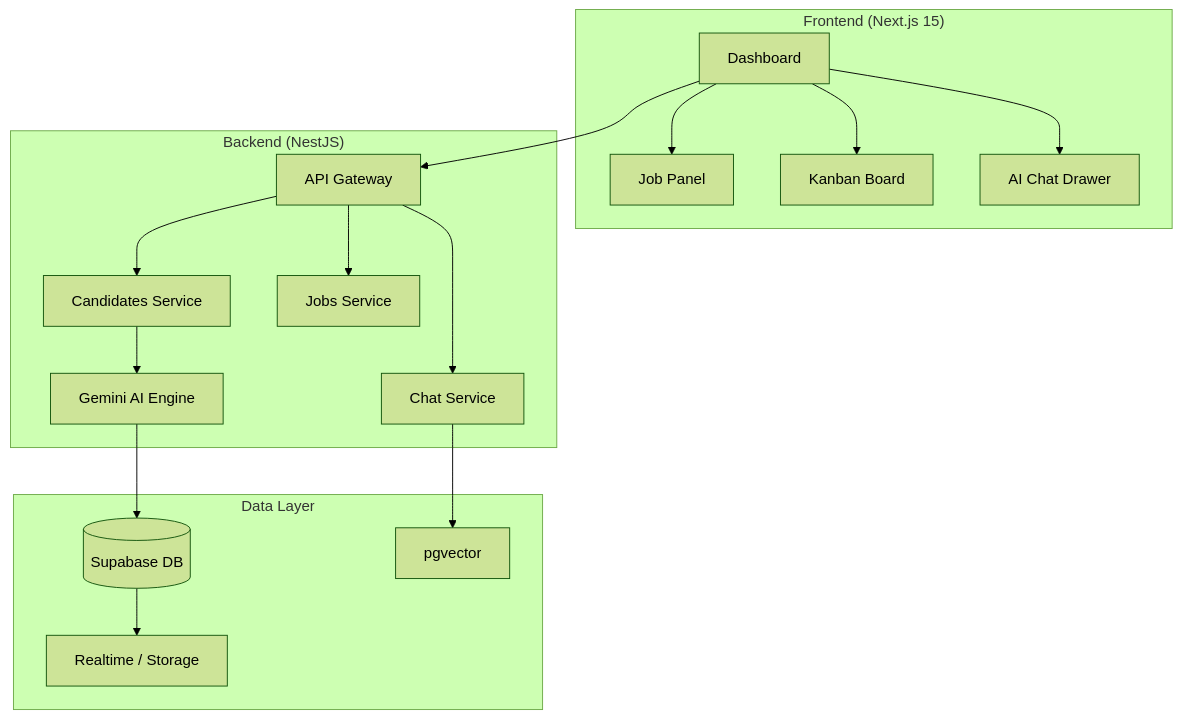
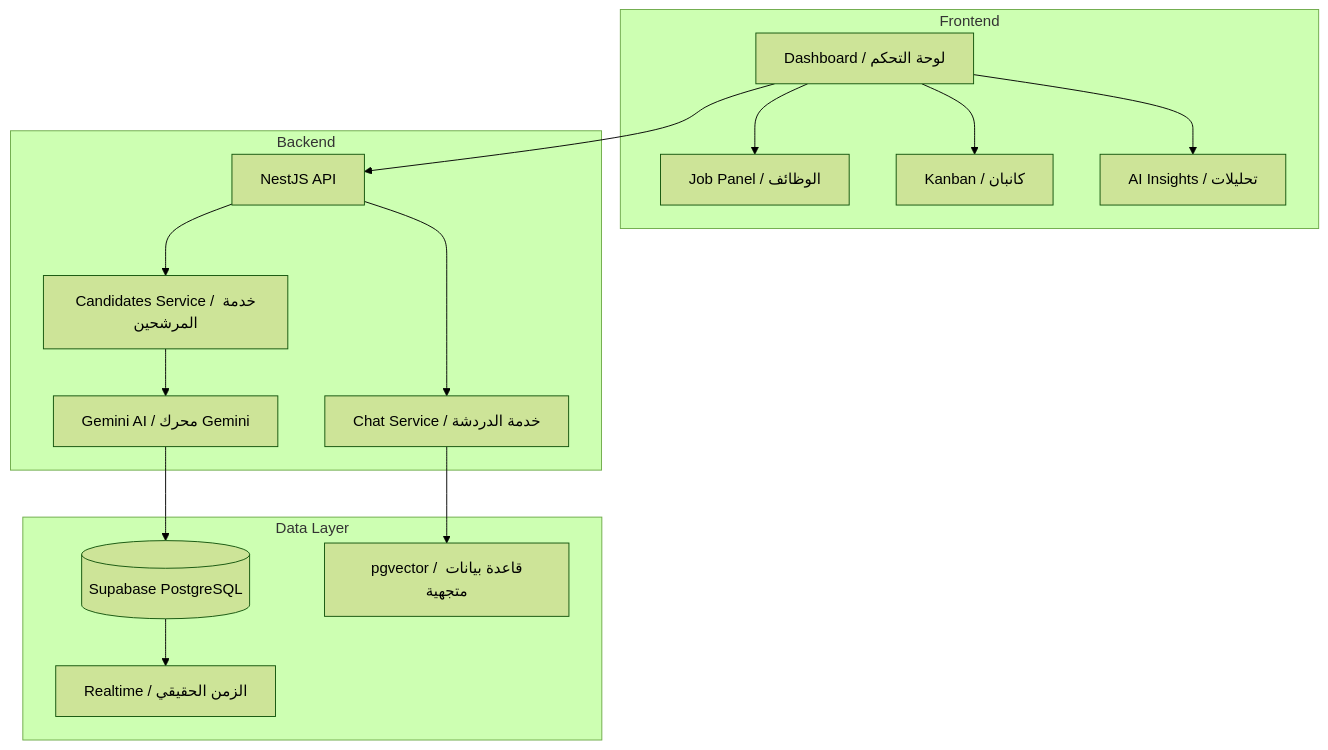
One commit to malgaroshy-maker/Sila-Ai changed the diagram in README.md. Above: the diagram before and after it, drawn with Mermaid (forest theme). The commit also changed other lines of this file and 2 other files, not shown here.

````diff
--- a/README.md
+++ b/README.md
@@ -41,26 +60,25 @@
 ```mermaid
 graph TB
-    subgraph "Frontend (Next.js 15)"
-        A[Dashboard] --> B[Job Panel]
-        A --> C[Kanban Board]
-        A --> D[AI Chat Drawer]
+    subgraph "Frontend"
+        A[Dashboard / لوحة التحكم] --> B[Job Panel / الوظائف]
+        A --> C[Kanban / كانبان]
+        A --> D[AI Insights / تحليلات]
     end
 
-    subgraph "Backend (NestJS)"
-        E[API Gateway] --> F[Candidates Service]
-        E --> G[Jobs Service]
-        E --> H[Chat Service]
-        F --> I[Gemini AI Engine]
+    subgraph "Backend"
+        E[NestJS API] --> F[Candidates Service / خدمة المرشحين]
+        F --> G[Gemini AI / محرك Gemini]
+        E --> H[Chat Service / خدمة الدردشة]
     end
 
     subgraph "Data Layer"
-        J[(Supabase DB)]
-        K[pgvector]
-        L[Realtime / Storage]
+        I[(Supabase PostgreSQL)]
+        J[pgvector / قاعدة بيانات متجهية]
+        K[Realtime / الزمن الحقيقي]
     end
 
     A --> E
-    I --> J
-    H --> K
-    J --> L
+    G --> I
+    H --> J
+    I --> K
 ```
````
